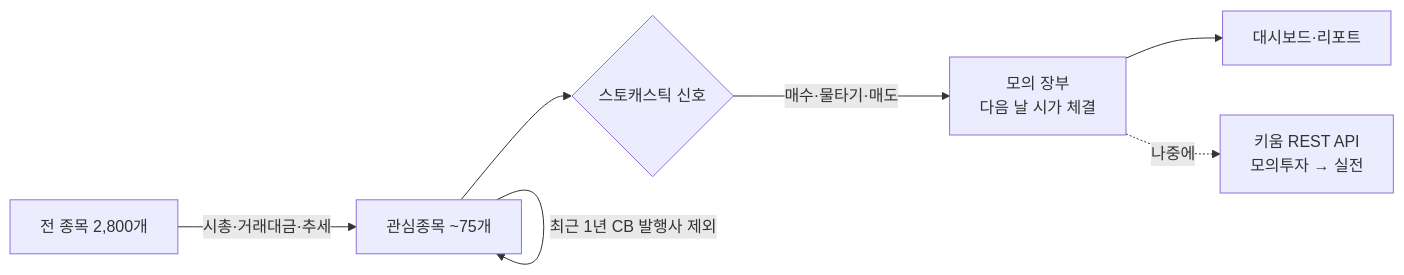
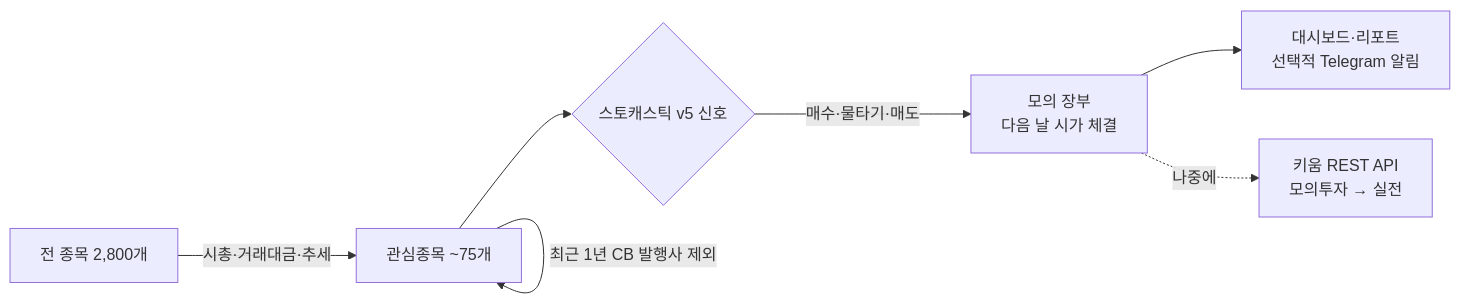
Before and after one commit to Alpha-Crew-Labs/stock-autotrader: the diagram in README.md, drawn with Mermaid. The commit also changed other lines of this file and 36 other files, not shown here.

````diff
--- a/README.md
+++ b/README.md
@@ -28,9 +29,9 @@
 ```mermaid
 flowchart LR
     A[전 종목 2,800개] -->|시총·거래대금·추세| B[관심종목 ~75개]
     B -->|최근 1년 CB 발행사 제외| B
-    B --> C{스토캐스틱 신호}
+    B --> C{스토캐스틱 v5 신호}
     C -->|매수·물타기·매도| D[모의 장부<br/>다음 날 시가 체결]
-    D --> E[대시보드·리포트]
+    D --> E[대시보드·리포트<br/>선택적 Telegram 알림]
     D -.나중에.-> F[키움 REST API<br/>모의투자 → 실전]
 ```
````
